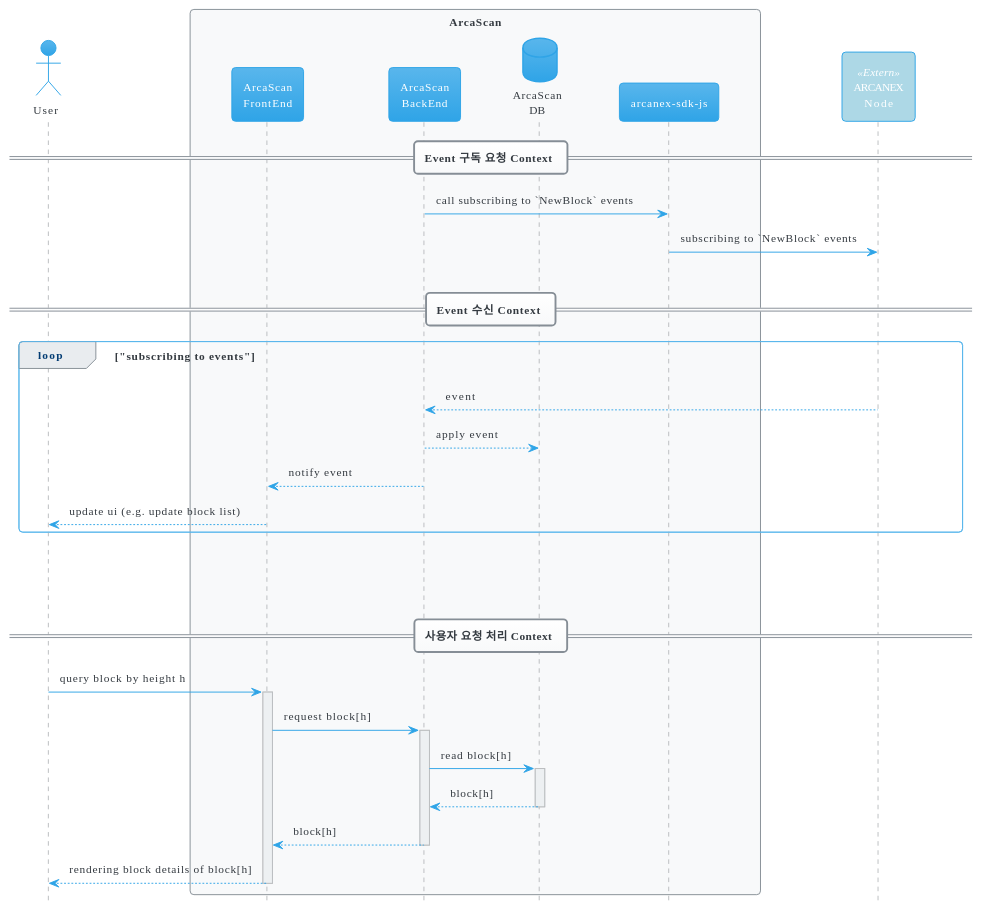
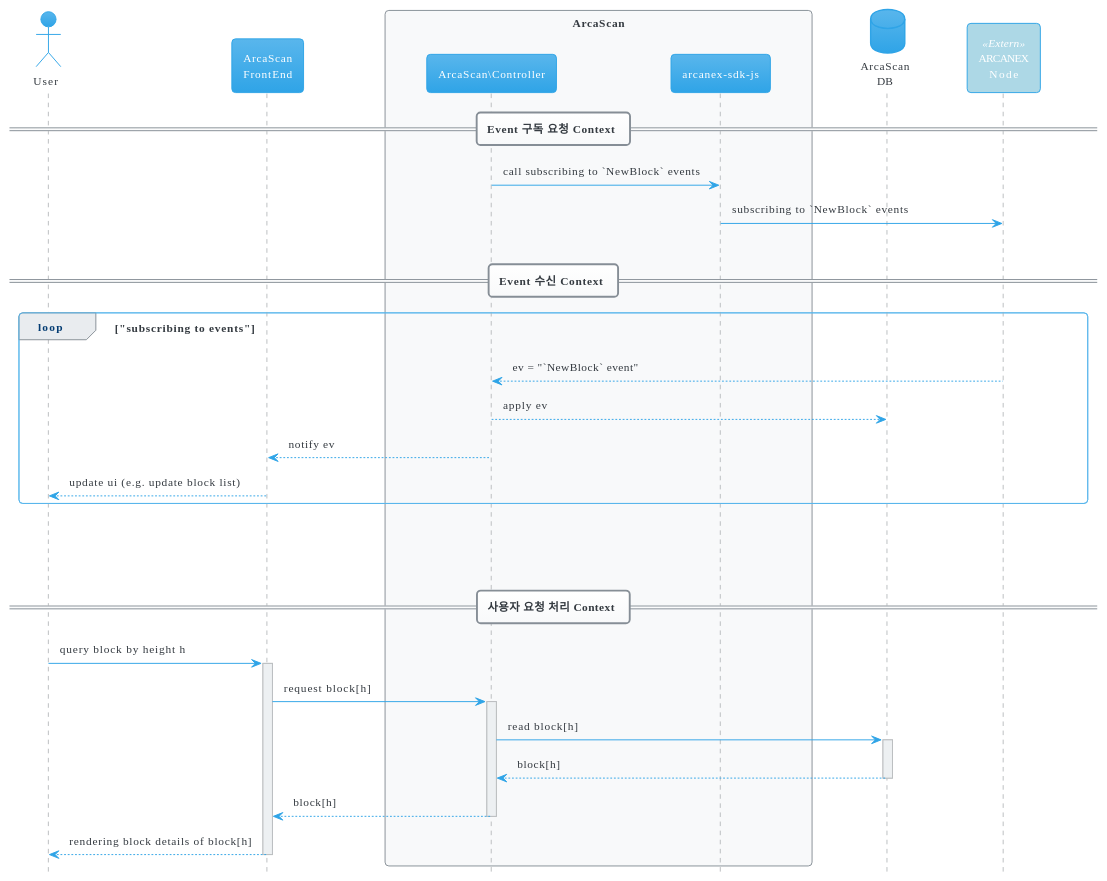
The second of 4 diagrams in documents/docs/examples/explorer/srs.md (rigochain/rigo-sdk-js), drawn with PlantUML before and after one commit. The commit also changed other lines of this file and 1 other file, not shown here.

````diff
--- a/documents/docs/examples/explorer/srs.md
+++ b/documents/docs/examples/explorer/srs.md
@@ -46,55 +50,55 @@
 ```plantuml
 @startuml
 
 !theme cerulean
 hide footbox
 skinparam ArrowThickness 1
 skinparam BackgroundColor white
 skinparam participant<<Extern>> {
   BackgroundColor lightblue
 }
 
 actor "User" as user
+
+participant "ArcaScan\nFrontEnd" as fe
 box "ArcaScan"
-participant "ArcaScan\nFrontEnd" as fe
-participant "ArcaScan\nBackEnd" as be
-database "ArcaScan\nDB" as db
+participant "ArcaScan\Controller" as be
 participant "arcanex-sdk-js" as sdk
 end box
-
+database "ArcaScan\nDB" as db
 participant "ARCANEX\nNode" as node<<Extern>>
 
 
 == Event 구독 요청 Context ==
 
 be -> sdk: call subscribing to `NewBlock` events
 sdk -> node: subscribing to `NewBlock` events
 
 |||
 
 == Event 수신 Context ==
 
 loop "subscribing to events"
-node --> be: event
-be --> db: apply event
-be --> fe: notify event
+node --> be: ev = "`NewBlock` event"
+be --> db: apply ev
+be --> fe: notify ev
 fe --> user: update ui (e.g. update block list)
 end loop
 
 |||
 |||
 |||
 
 == 사용자 요청 처리 Context ==
 
 user -> fe: query block by height h
 activate fe
 fe -> be: request block[h]
 activate be
 be -> db: read block[h]
 activate db
 return block[h]
 return block[h]
 return rendering block details of block[h]
 @enduml
 ```
````
